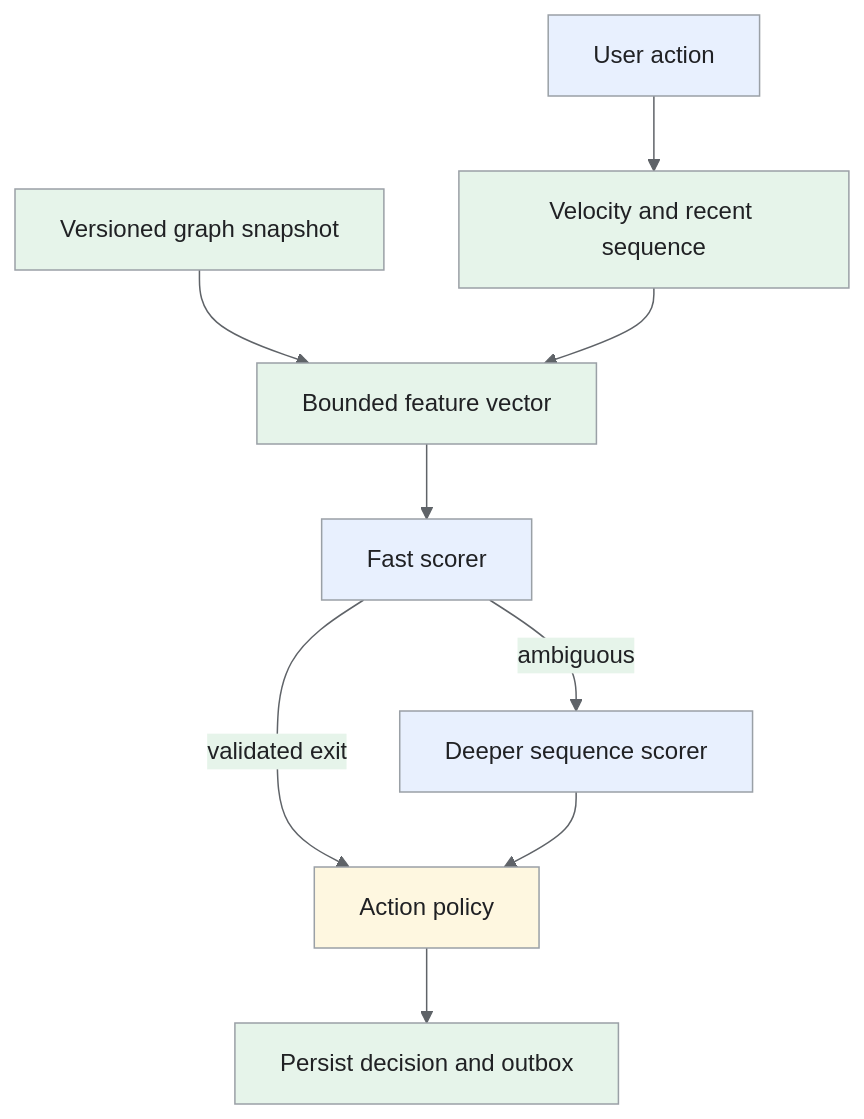
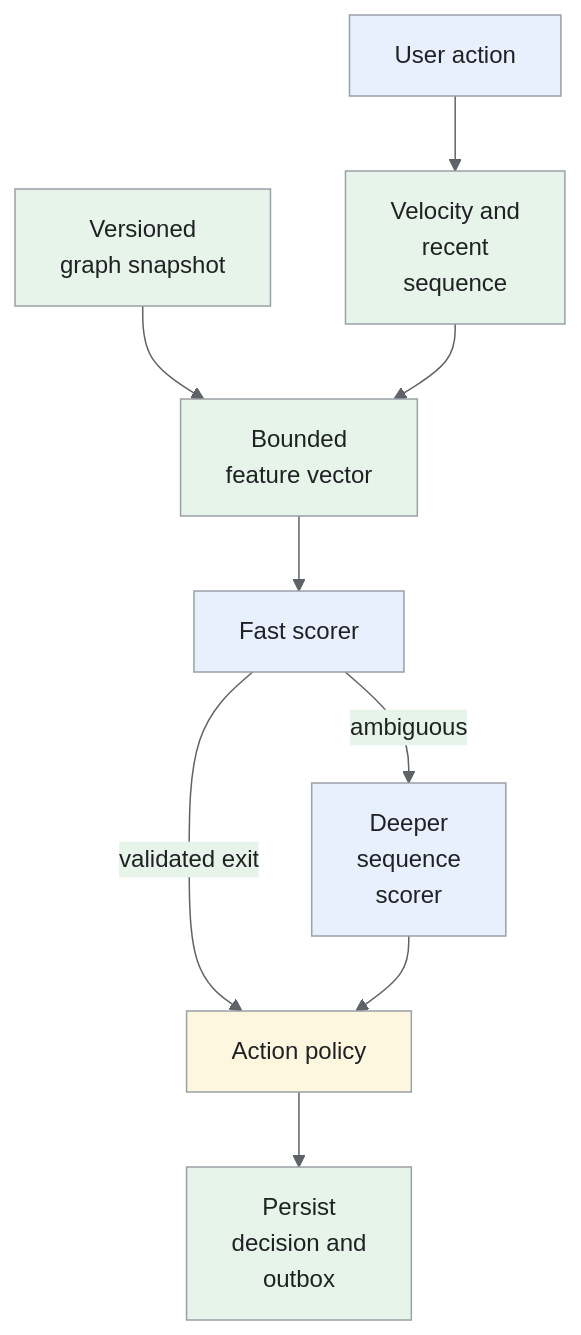
Before and after one commit to iliazlobin/iliazlobin.github.io: the fourth of 6 diagrams in _designs/bot-detection.md, drawn with Mermaid. The commit also changed other lines of this file and 116 other files, not shown here.

````diff
--- a/_designs/bot-detection.md
+++ b/_designs/bot-detection.md
@@ -254,19 +266,19 @@
 ```mermaid
 %%{init: {'theme':'base','themeVariables':{'primaryColor':'#e8f0fe','primaryTextColor':'#202124','primaryBorderColor':'#9aa0a6','lineColor':'#5f6368','secondaryColor':'#e6f4ea','tertiaryColor':'#fef7e0','actorBkg':'#e8f0fe','actorBorder':'#9aa0a6','actorTextColor':'#202124','noteBkgColor':'#fef7e0','noteTextColor':'#202124','noteBorderColor':'#9aa0a6','signalColor':'#5f6368','signalTextColor':'#202124','labelBoxBkgColor':'#fef7e0','labelBoxBorderColor':'#9aa0a6'}}}%%
 flowchart TB
-    A["User action"] --> V["Velocity and recent sequence"]
-    G["Versioned graph snapshot"] --> F["Bounded feature vector"]
+    A["User action"] --> V["Velocity and<br>recent<br>sequence"]
+    G["Versioned<br>graph snapshot"] --> F["Bounded<br>feature vector"]
     V --> F
     F --> S["Fast scorer"]
-    S -->|ambiguous| M["Deeper sequence scorer"]
+    S -->|ambiguous| M["Deeper<br>sequence<br>scorer"]
     S -->|validated exit| P["Action policy"]
     M --> P
-    P --> D["Persist decision and outbox"]
+    P --> D["Persist<br>decision and<br>outbox"]
 classDef request fill:#e8f0fe,stroke:#9aa0a6,color:#202124;
 classDef data fill:#e6f4ea,stroke:#9aa0a6,color:#202124;
 classDef control fill:#fef7e0,stroke:#9aa0a6,color:#202124;
 class A,S,M request;
 class V,G,F,D data;
 class P control;
 
 ```
````
